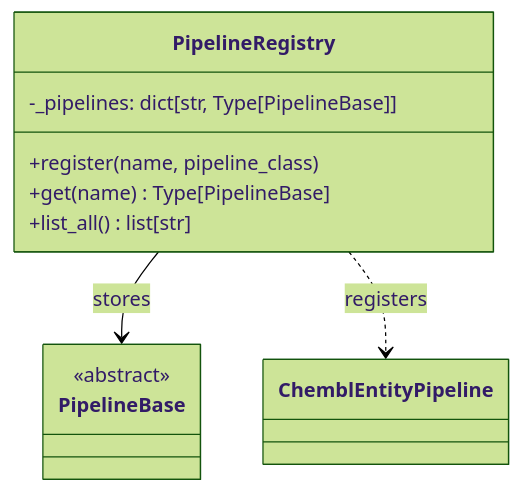
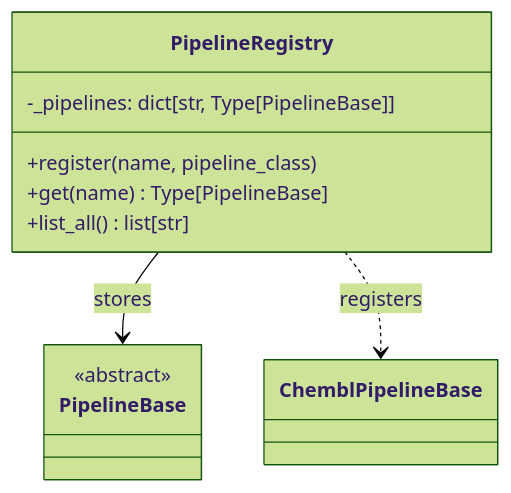
Before and after one commit to SatoryKono/BioactivityDataAcquisition: the sixth of 10 diagrams in docs/architecture/13-class-diagrams-application.md, drawn with Mermaid (forest theme). The commit also changed other lines of this file and 35 other files, not shown here.

Commit message:
Refactor Chembl pipeline base key resolution

````diff
--- a/docs/architecture/13-class-diagrams-application.md
+++ b/docs/architecture/13-class-diagrams-application.md
@@ -200,19 +196,19 @@
 ```mermaid
 classDiagram
     class PipelineRegistry {
         -_pipelines: dict[str, Type[PipelineBase]]
         +register(name, pipeline_class)
         +get(name) Type[PipelineBase]
         +list_all() list[str]
     }
 
     class PipelineBase {
         <<abstract>>
     }
 
-    class ChemblEntityPipeline {
+    class ChemblPipelineBase {
     }
 
     PipelineRegistry --> PipelineBase : stores
-    PipelineRegistry ..> ChemblEntityPipeline : registers
+    PipelineRegistry ..> ChemblPipelineBase : registers
 ```
````
